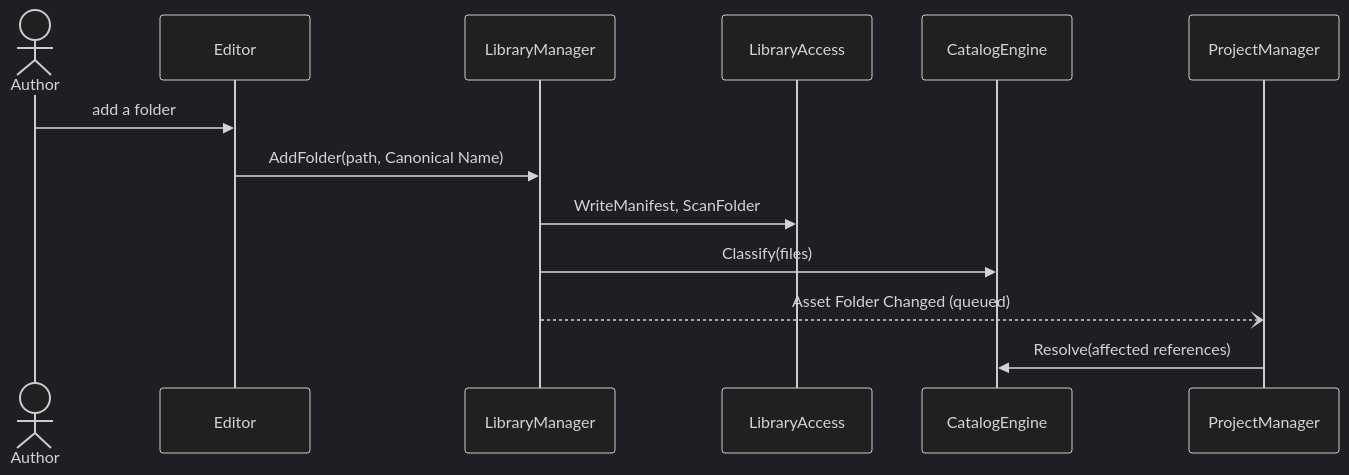
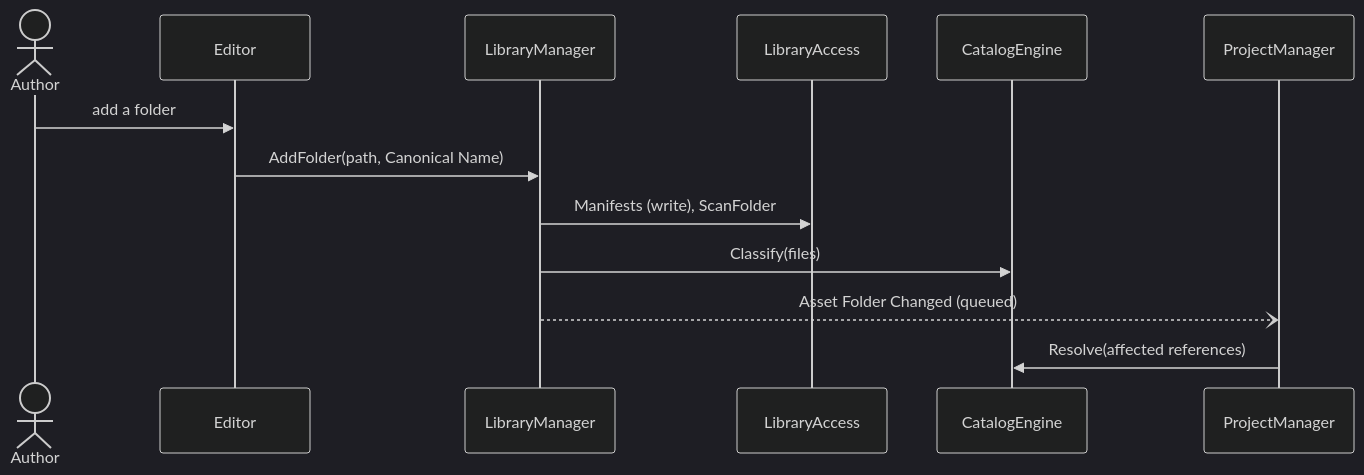
The second of 4 diagrams in docs/architecture/ARCHITECTURE.md (dungeon-rs/dungeon-rs), drawn with Mermaid (dark theme) before and after one commit. The commit also changed other lines of this file, not shown here.

Commit message:
docs: list the Manifest verbs in the contract
LibraryAccess keeps the set of folders in use on this device as the
Manifests in the configuration directory, so it must read them at
startup and forget one when a folder is undone, not only write them.
The contract names the three as one operation over Manifests, and the
Bring in Assets call chain follows.

````diff
--- a/docs/architecture/ARCHITECTURE.md
+++ b/docs/architecture/ARCHITECTURE.md
@@ -204,10 +204,10 @@
 ```mermaid
 sequenceDiagram
   actor Author
   Author->>Editor: add a folder
   Editor->>LibraryManager: AddFolder(path, Canonical Name)
-  LibraryManager->>LibraryAccess: WriteManifest, ScanFolder
+  LibraryManager->>LibraryAccess: Manifests (write), ScanFolder
   LibraryManager->>CatalogEngine: Classify(files)
   LibraryManager--)ProjectManager: Asset Folder Changed (queued)
   ProjectManager->>CatalogEngine: Resolve(affected references)
 ```
````
